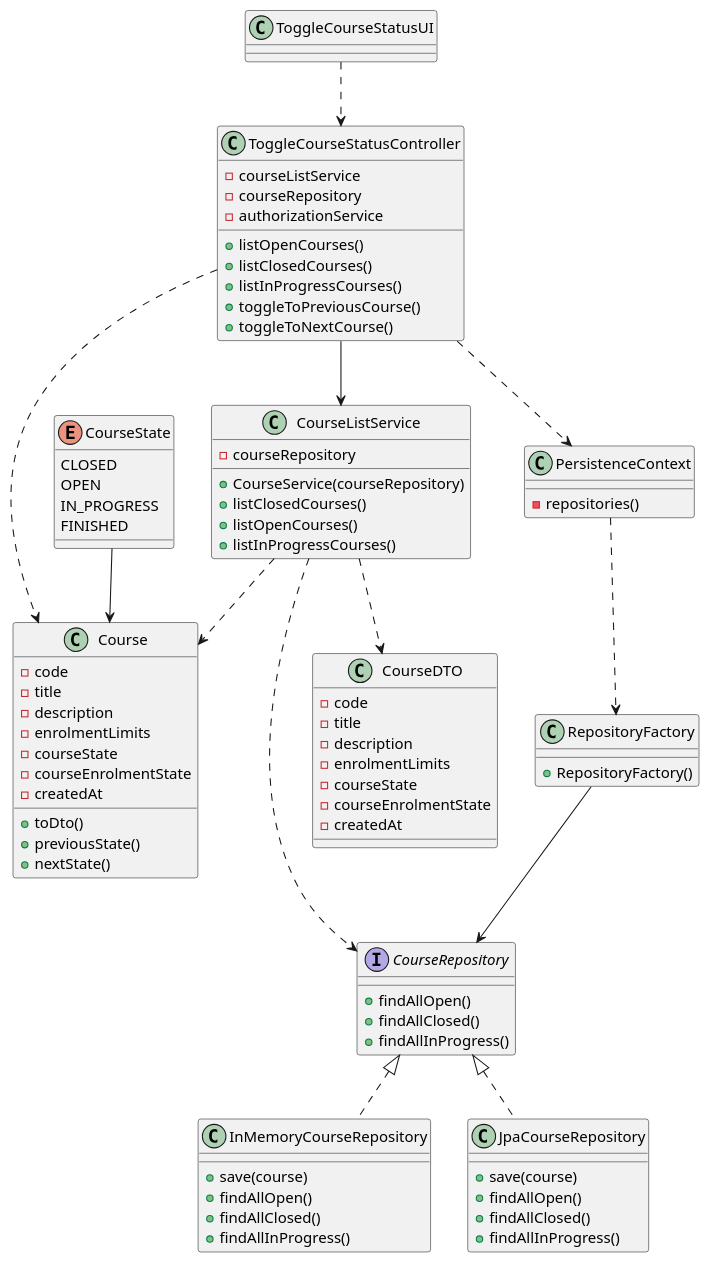
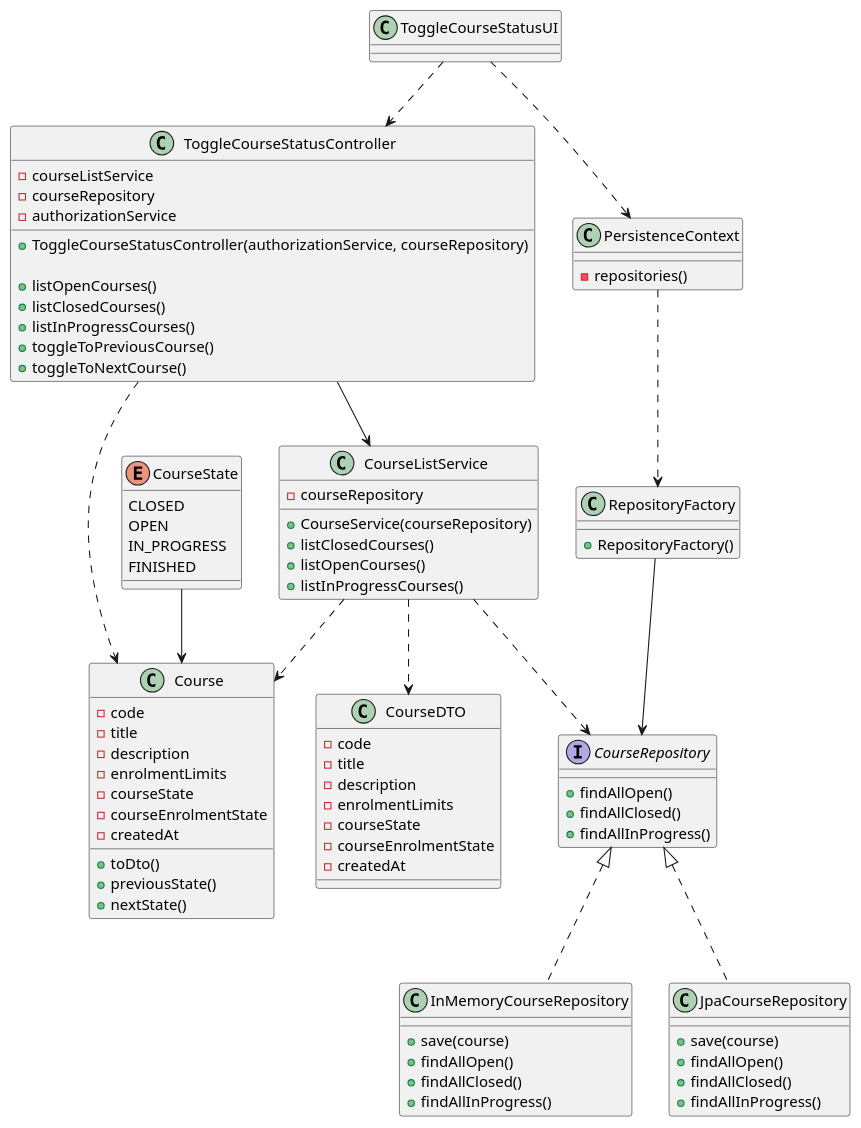
One commit to miseEnPlace-dev/lapr4 changed the diagram in docs/sprint-b/us10-1004/US1004_CD.puml. Above: the diagram before and after it, drawn with PlantUML.

Commit message:
docs: corrected CD (#34)

```diff
--- a/docs/sprint-b/us10-1004/US1004_CD.puml
+++ b/docs/sprint-b/us10-1004/US1004_CD.puml
@@ -1,105 +1,107 @@
 @startuml US1004_CD
 
 class ToggleCourseStatusUI {
 
 }
 
 class ToggleCourseStatusController {
 - courseListService
 - courseRepository
 - authorizationService
++ ToggleCourseStatusController(authorizationService, courseRepository)
+
 + listOpenCourses()
 + listClosedCourses()
 + listInProgressCourses()
 + toggleToPreviousCourse()
 + toggleToNextCourse()
 }
 
 
 class Course {
   - code
   - title
   - description
   - enrolmentLimits
   - courseState
   - courseEnrolmentState
   - createdAt
   + toDto()
   + previousState()
   + nextState()
 }
 
 class RepositoryFactory {
   + RepositoryFactory()
 }
 
 interface CourseRepository {
 
   + findAllOpen()
   + findAllClosed()
   + findAllInProgress()
 }
 
 class CourseListService {
   - courseRepository
 
   + CourseService(courseRepository)
   + listClosedCourses()
   + listOpenCourses()
   + listInProgressCourses()
 }
 
 class CourseDTO {
   - code
   - title
   - description
   - enrolmentLimits
   - courseState
   - courseEnrolmentState
   - createdAt
 }
 
 class InMemoryCourseRepository {
   + save(course)
   + findAllOpen()
   + findAllClosed()
   + findAllInProgress()
 }
 
 class JpaCourseRepository {
   + save(course)
   + findAllOpen()
   + findAllClosed()
   + findAllInProgress()
 }
 
 class PersistenceContext {
   - repositories()
 }
 
 
 enum CourseState {
   CLOSED
   OPEN
   IN_PROGRESS
   FINISHED
 }
 
 CourseState --> Course
 
 PersistenceContext ..> RepositoryFactory
 RepositoryFactory --> CourseRepository
 
 CourseRepository <|.. InMemoryCourseRepository
 CourseRepository <|.. JpaCourseRepository
-ToggleCourseStatusController ..> PersistenceContext
+ToggleCourseStatusUI ..> PersistenceContext
 ToggleCourseStatusController ..> Course
 ToggleCourseStatusUI ..> ToggleCourseStatusController
 
 CourseListService ..> Course
 CourseListService ..> CourseDTO
 CourseListService ..> CourseRepository
 
 ToggleCourseStatusController --> CourseListService
 
 @enduml
```
